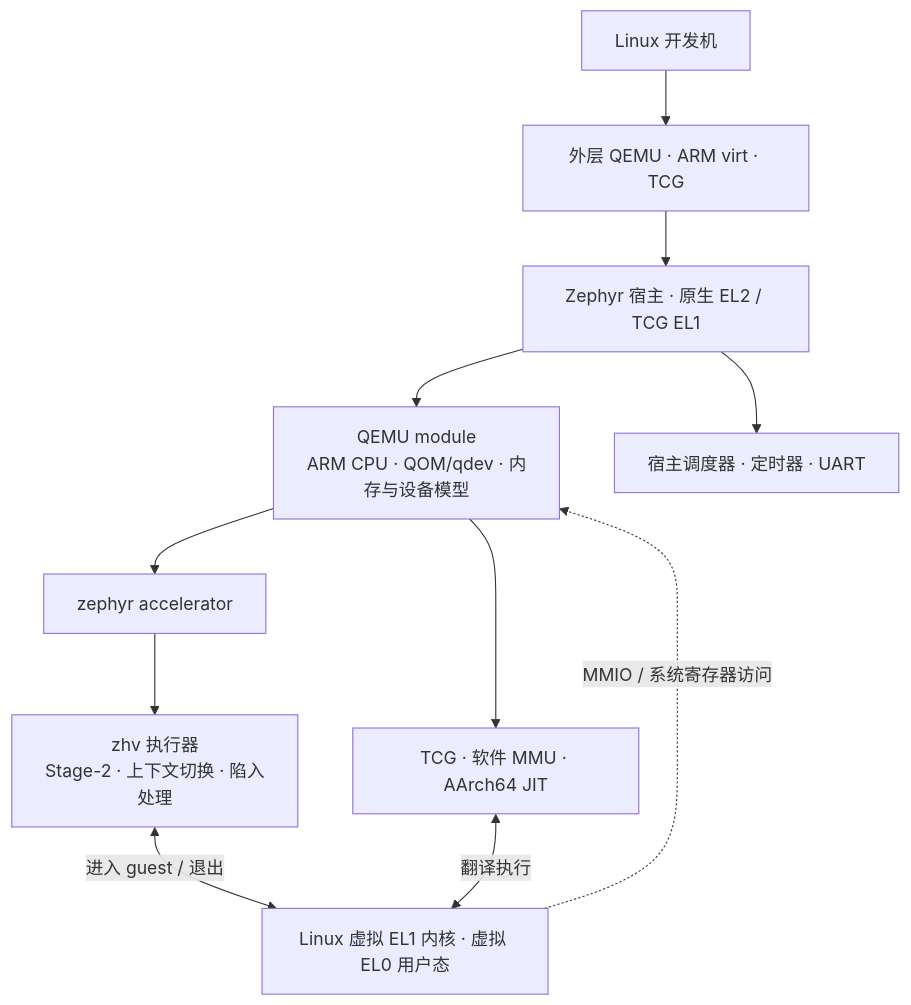
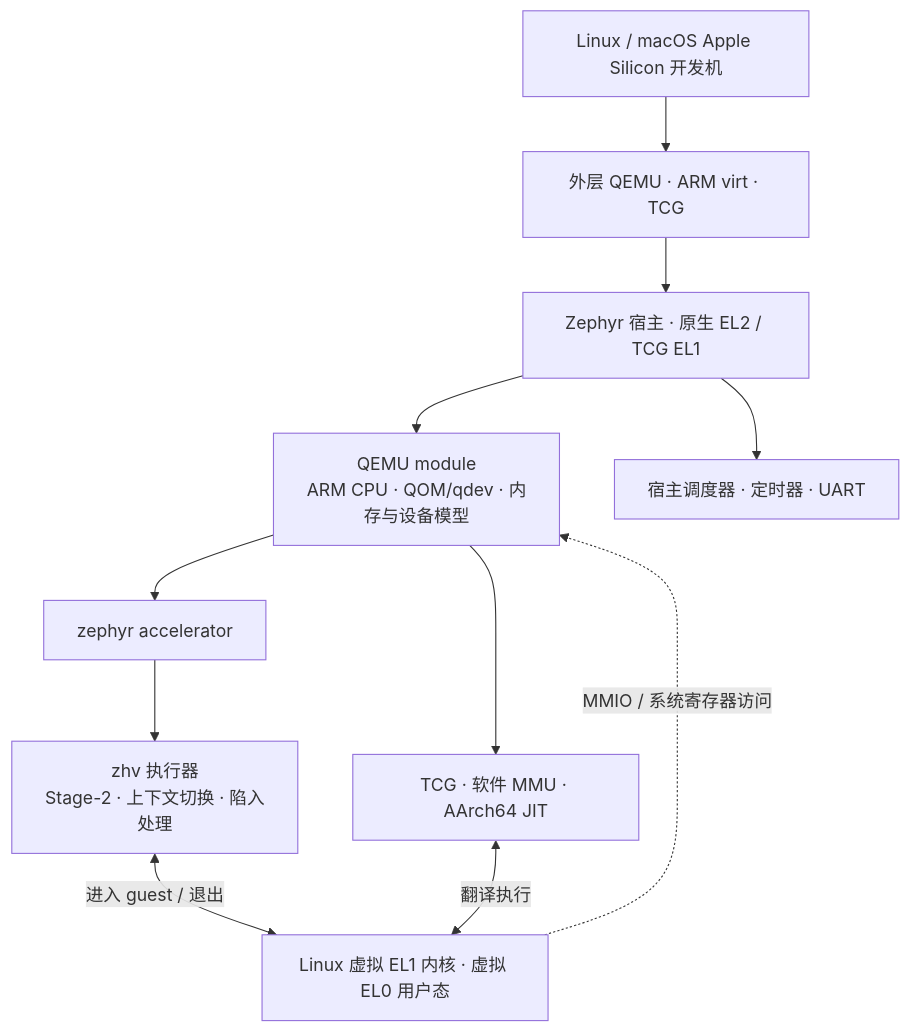
One commit to processmission/qemu-on-zephyr changed the diagram in README.zh-CN.md. Above: the diagram before and after it, drawn with Mermaid. The commit also changed other lines of this file and 9 other files, not shown here.

````diff
--- a/README.zh-CN.md
+++ b/README.zh-CN.md
@@ -89,13 +91,13 @@
 ```mermaid
 flowchart TB
-    host["Linux 开发机"] --> outer["外层 QEMU · ARM virt · TCG"]
+    host["Linux / macOS Apple Silicon 开发机"] --> outer["外层 QEMU · ARM virt · TCG"]
     outer --> zephyr["Zephyr 宿主 · 原生 EL2 / TCG EL1"]
     zephyr --> models["QEMU module<br/>ARM CPU · QOM/qdev · 内存与设备模型"]
     models --> accel["zephyr accelerator"]
     models --> tcg["TCG · 软件 MMU · AArch64 JIT"]
     accel --> executor["zhv 执行器<br/>Stage-2 · 上下文切换 · 陷入处理"]
     executor <-->|"进入 guest / 退出"| guest["Linux 虚拟 EL1 内核 · 虚拟 EL0 用户态"]
     tcg <-->|"翻译执行"| guest
     guest -.->|"MMIO / 系统寄存器访问"| models
     zephyr --> scheduler["宿主调度器 · 定时器 · UART"]
 ```
````
